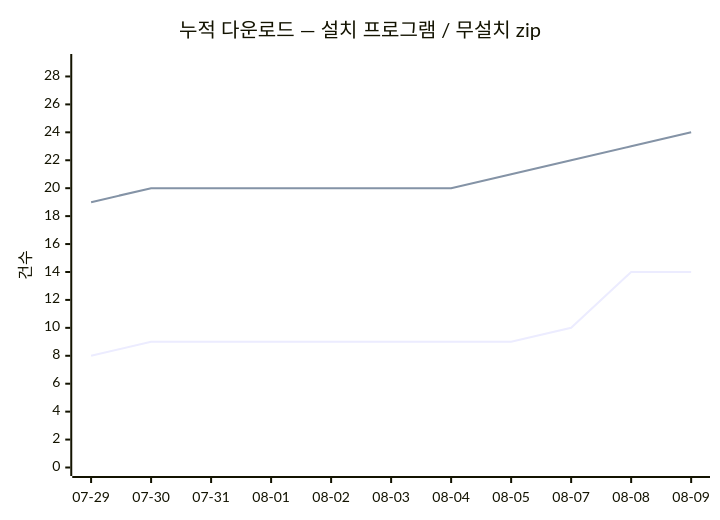
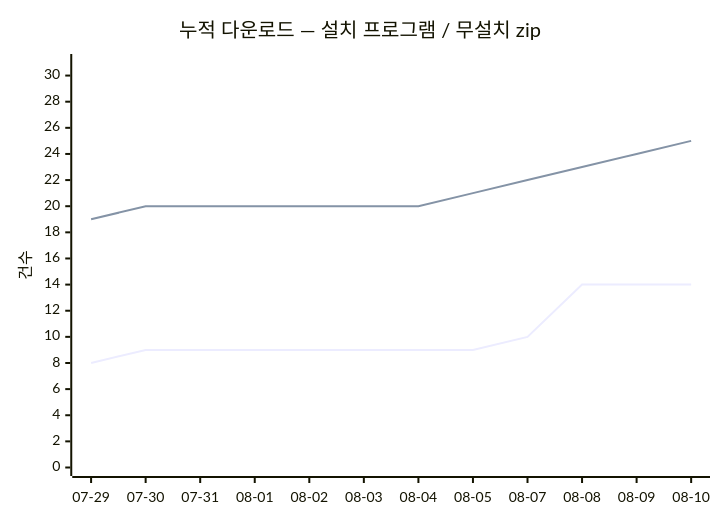
One commit to dodaseo/ibis-releases changed the diagram in README.md. Above: the diagram before and after it, drawn with Mermaid. The commit also changed other lines of this file and 2 other files, not shown here.

Commit message:
chore(stats): 다운로드 스냅숏 2026-08-10

````diff
--- a/README.md
+++ b/README.md
@@ -144,8 +144,8 @@
 ```mermaid
 xychart-beta
     title "누적 다운로드 — 설치 프로그램 / 무설치 zip"
-    x-axis [07-29, 07-30, 07-31, 08-01, 08-02, 08-03, 08-04, 08-05, 08-07, 08-08, 08-09]
-    y-axis "건수" 0 --> 29
-    line [8, 9, 9, 9, 9, 9, 9, 9, 10, 14, 14]
-    line [19, 20, 20, 20, 20, 20, 20, 21, 22, 23, 24]
+    x-axis [07-29, 07-30, 07-31, 08-01, 08-02, 08-03, 08-04, 08-05, 08-07, 08-08, 08-09, 08-10]
+    y-axis "건수" 0 --> 31
+    line [8, 9, 9, 9, 9, 9, 9, 9, 10, 14, 14, 14]
+    line [19, 20, 20, 20, 20, 20, 20, 21, 22, 23, 24, 25]
 ```
````
